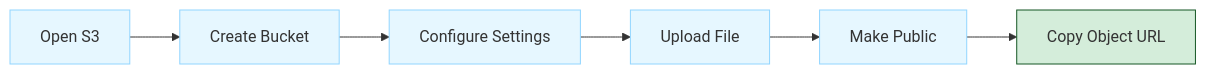
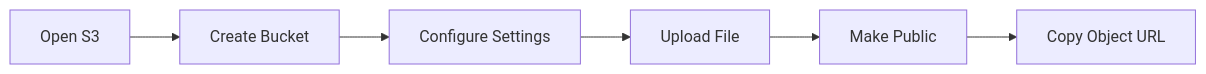
One commit to sujith-eag/sujith-library changed the second of 2 diagrams in docs/dev-cloud/cclab/lab_3.md. Above: the diagram before and after it, drawn with Mermaid. The commit also changed other lines of this file and 41 other files, not shown here.

First line of the commit message:
Refactor diagrams and remove redundant styles in documentation

````diff
--- a/docs/dev-cloud/cclab/lab_3.md
+++ b/docs/dev-cloud/cclab/lab_3.md
@@ -99,14 +88,8 @@
 ```mermaid
 flowchart LR
     S3[Open S3] --> Create[Create Bucket]
     Create --> Config[Configure Settings]
     Config --> Upload[Upload File]
     Upload --> Public[Make Public]
     Public --> URL[Copy Object URL]
-
-    classDef process fill:#e6f7ff,stroke:#91d5ff
-    classDef success fill:#d4edda,stroke:#155724
-
-    class S3,Create,Config,Upload,Public process
-    class URL success
 ```
````
